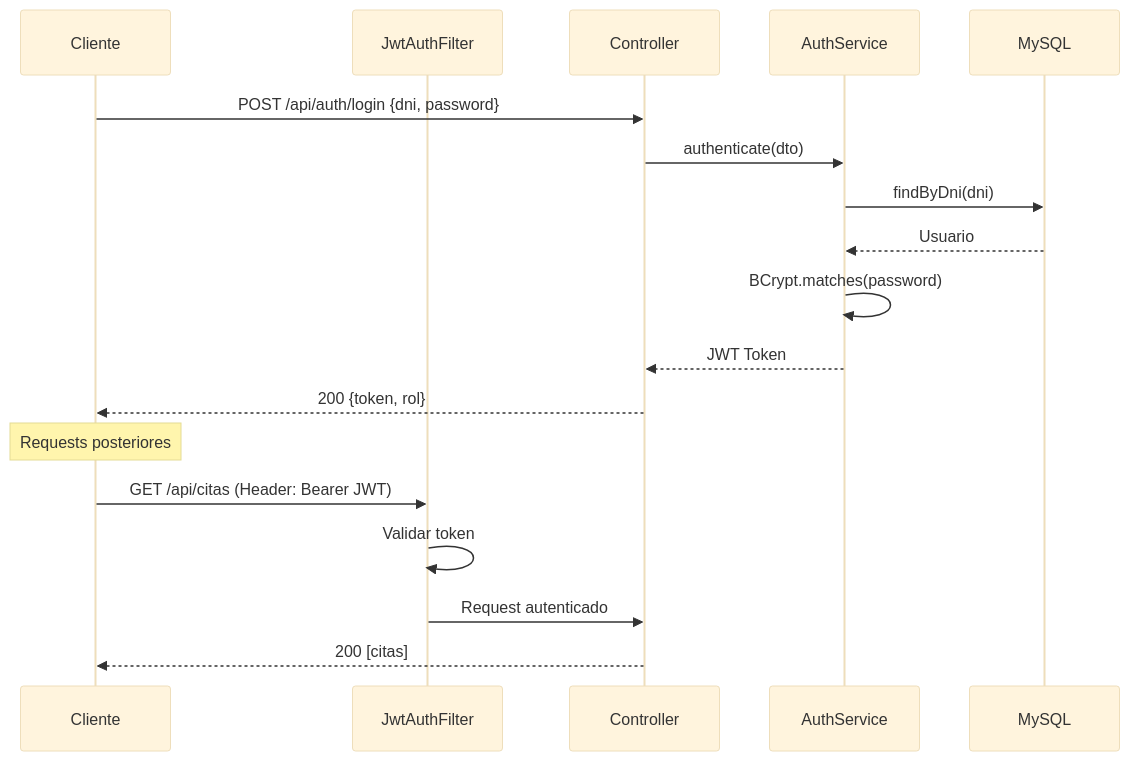
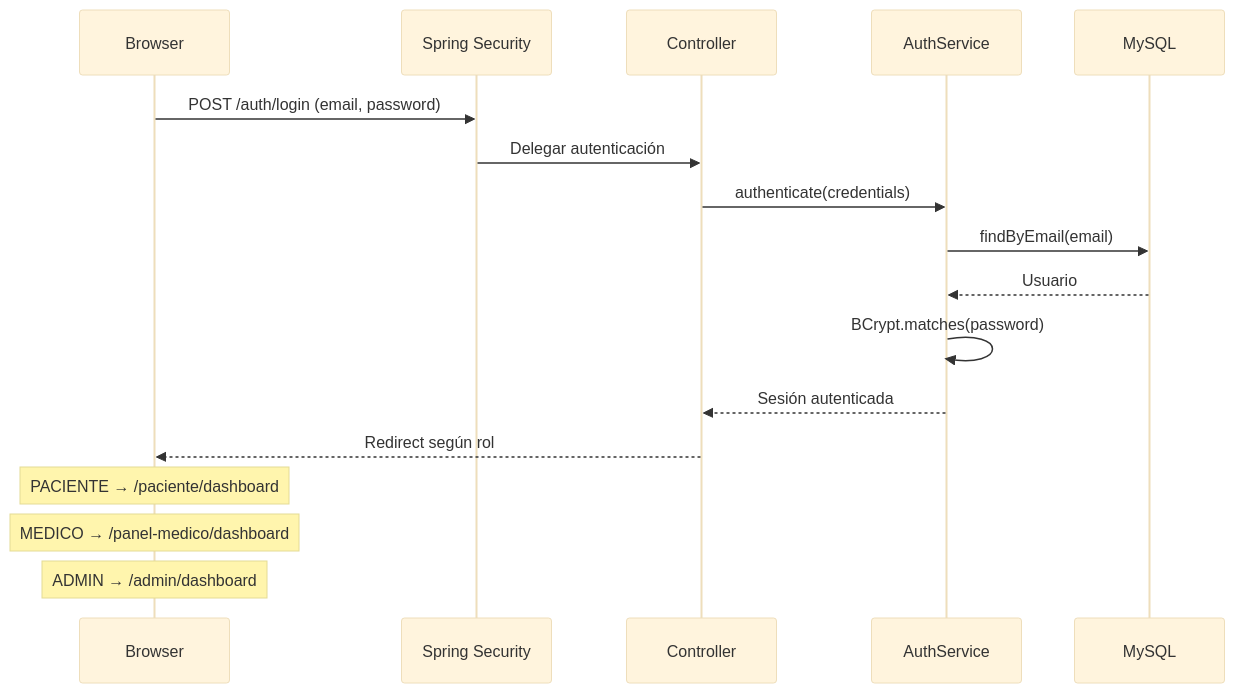
One commit to Alessandro-BS/Proyecto-Integrador changed the fifth of 6 diagrams in README.md. Above: the diagram before and after it, drawn with Mermaid (base theme). The commit also changed other lines of this file, not shown here.

````diff
--- a/README.md
+++ b/README.md
@@ -269,23 +476,21 @@
 ```mermaid
 sequenceDiagram
-    participant C as Cliente
-    participant F as JwtAuthFilter
+    participant C as Browser
+    participant SC as Spring Security
     participant CT as Controller
-    participant S as AuthService
+    participant SV as AuthService
     participant DB as MySQL
 
-    C->>CT: POST /api/auth/login {dni, password}
-    CT->>S: authenticate(dto)
-    S->>DB: findByDni(dni)
-    DB-->>S: Usuario
-    S->>S: BCrypt.matches(password)
-    S-->>CT: JWT Token
-    CT-->>C: 200 {token, rol}
+    C->>SC: POST /auth/login (email, password)
+    SC->>CT: Delegar autenticación
+    CT->>SV: authenticate(credentials)
+    SV->>DB: findByEmail(email)
+    DB-->>SV: Usuario
+    SV->>SV: BCrypt.matches(password)
+    SV-->>CT: Sesión autenticada
+    CT-->>C: Redirect según rol
 
-    Note over C: Requests posteriores
-
-    C->>F: GET /api/citas (Header: Bearer JWT)
-    F->>F: Validar token
-    F->>CT: Request autenticado
-    CT-->>C: 200 [citas]
+    Note over C: PACIENTE → /paciente/dashboard
+    Note over C: MEDICO → /panel-medico/dashboard
+    Note over C: ADMIN → /admin/dashboard
 ```
````
